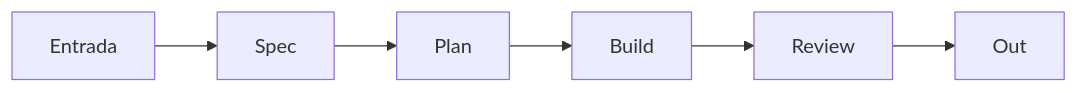
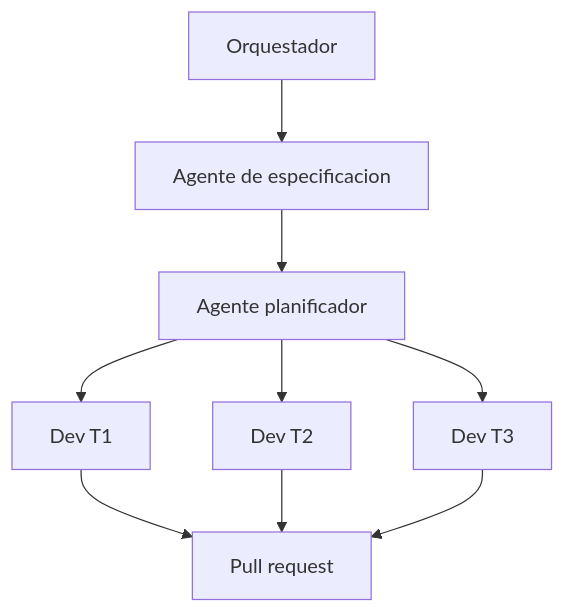
Before and after one commit to SERGIOIVORRA/Manual-Software-Factory-ES: the third of 4 diagrams in README.md, drawn with Mermaid. The commit also changed other lines of this file and 1 other file, not shown here.

````diff
--- a/README.md
+++ b/README.md
@@ -39,8 +46,11 @@
 ```mermaid
-flowchart LR
-  E[Entrada] --> S[Spec]
-  S --> P[Plan]
-  P --> B[Build]
-  B --> R[Review]
-  R --> O[Out]
+flowchart TD
+  O[Orquestador] --> S[Agente de especificacion]
+  S --> P[Agente planificador]
+  P --> D1[Dev T1]
+  P --> D2[Dev T2]
+  P --> D3[Dev T3]
+  D1 --> PR[Pull request]
+  D2 --> PR
+  D3 --> PR
 ```
````
